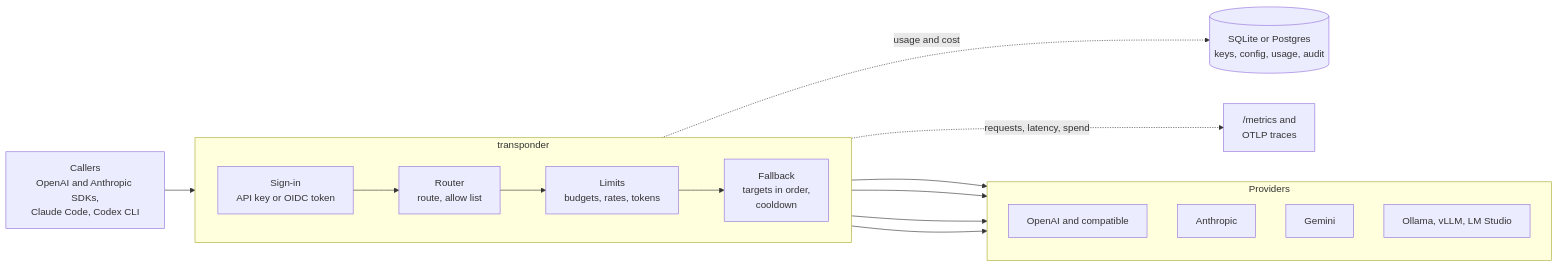
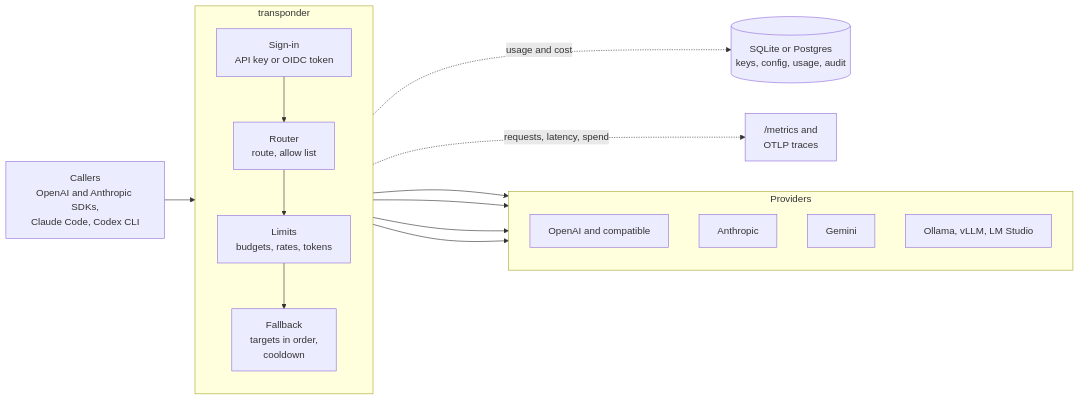
Before and after one commit to raven-clown/transponder: the diagram in README.md, drawn with Mermaid. The commit also changed other lines of this file and 1 other file, not shown here.

Commit message:
docs(readme): narrow the provider table and stack the gateway in the diagram

````diff
--- a/README.md
+++ b/README.md
@@ -128,25 +128,25 @@
 ```mermaid
 flowchart LR
     callers["Callers<br/>OpenAI and Anthropic SDKs,<br/>Claude Code, Codex CLI"]
     subgraph gw["transponder"]
-        direction LR
+        direction TB
         auth["Sign-in<br/>API key or OIDC token"]
         router["Router<br/>route, allow list"]
         limits["Limits<br/>budgets, rates, tokens"]
         fallback["Fallback<br/>targets in order,<br/>cooldown"]
         auth --> router --> limits --> fallback
     end
     subgraph providers["Providers"]
         direction TB
         p1["OpenAI and compatible"]
         p2["Anthropic"]
         p3["Gemini"]
         p4["Ollama, vLLM, LM Studio"]
     end
     store[("SQLite or Postgres<br/>keys, config, usage, audit")]
     obs["/metrics and<br/>OTLP traces"]
     callers --> auth
     fallback --> p1 & p2 & p3 & p4
     gw -. usage and cost .-> store
     gw -. requests, latency, spend .-> obs
 ```
````
